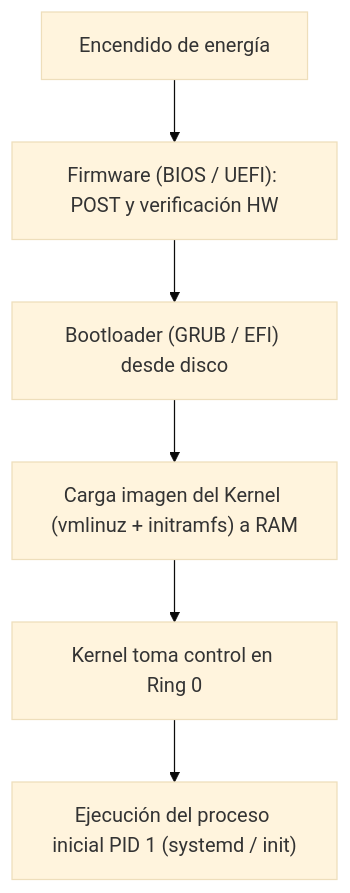
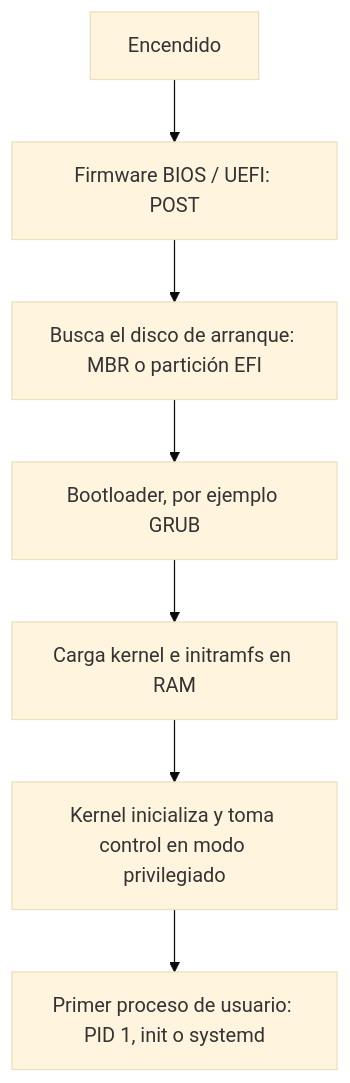
The diagram in Sistemas Operativos y Redes/01-Estructura de sistemas operativos/06 - Arranque del sistema computacional.md (EstebanKiito/my-brain), drawn with Mermaid (base theme) before and after one commit. The commit also changed other lines of this file and 1 other file, not shown here.

Commit message:
reescribe: 06 - Arranque del sistema computacional

````diff
--- a/Sistemas Operativos y Redes/01-Estructura de sistemas operativos/06 - Arranque del sistema computacional.md
+++ b/Sistemas Operativos y Redes/01-Estructura de sistemas operativos/06 - Arranque del sistema computacional.md
@@ -36,8 +30,9 @@
 ```mermaid
 flowchart TD
-  PowerOn["Encendido de energía"] --> POST["Firmware (BIOS / UEFI): POST y verificación HW"]
-  POST --> Bootloader["Bootloader (GRUB / EFI) desde disco"]
-  Bootloader --> LoadKernel["Carga imagen del Kernel (vmlinuz + initramfs) a RAM"]
-  LoadKernel --> KernelInit["Kernel toma control en Ring 0"]
-  KernelInit --> PID1["Ejecución del proceso inicial PID 1 (systemd / init)"]
+  A["Encendido"] --> B["Firmware BIOS / UEFI: POST"]
+  B --> C["Busca el disco de arranque: MBR o partición EFI"]
+  C --> D["Bootloader, por ejemplo GRUB"]
+  D --> E["Carga kernel e initramfs en RAM"]
+  E --> F["Kernel inicializa y toma control en modo privilegiado"]
+  F --> G["Primer proceso de usuario: PID 1, init o systemd"]
 ```
````
